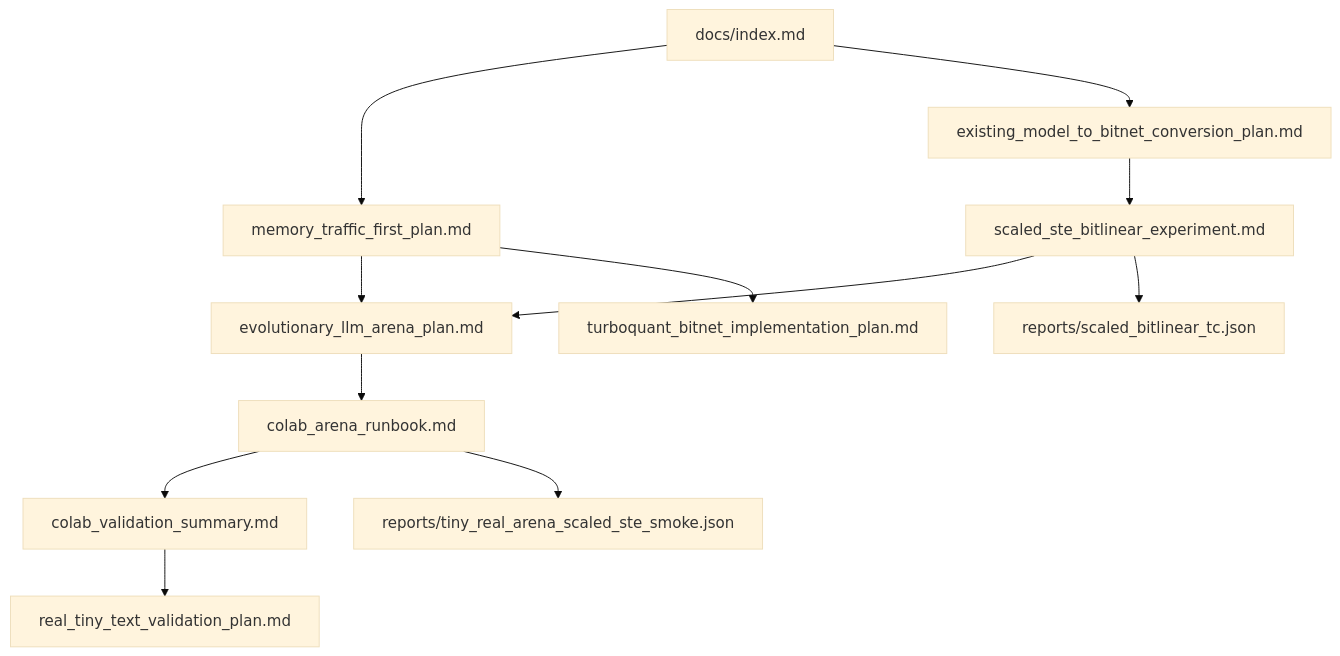
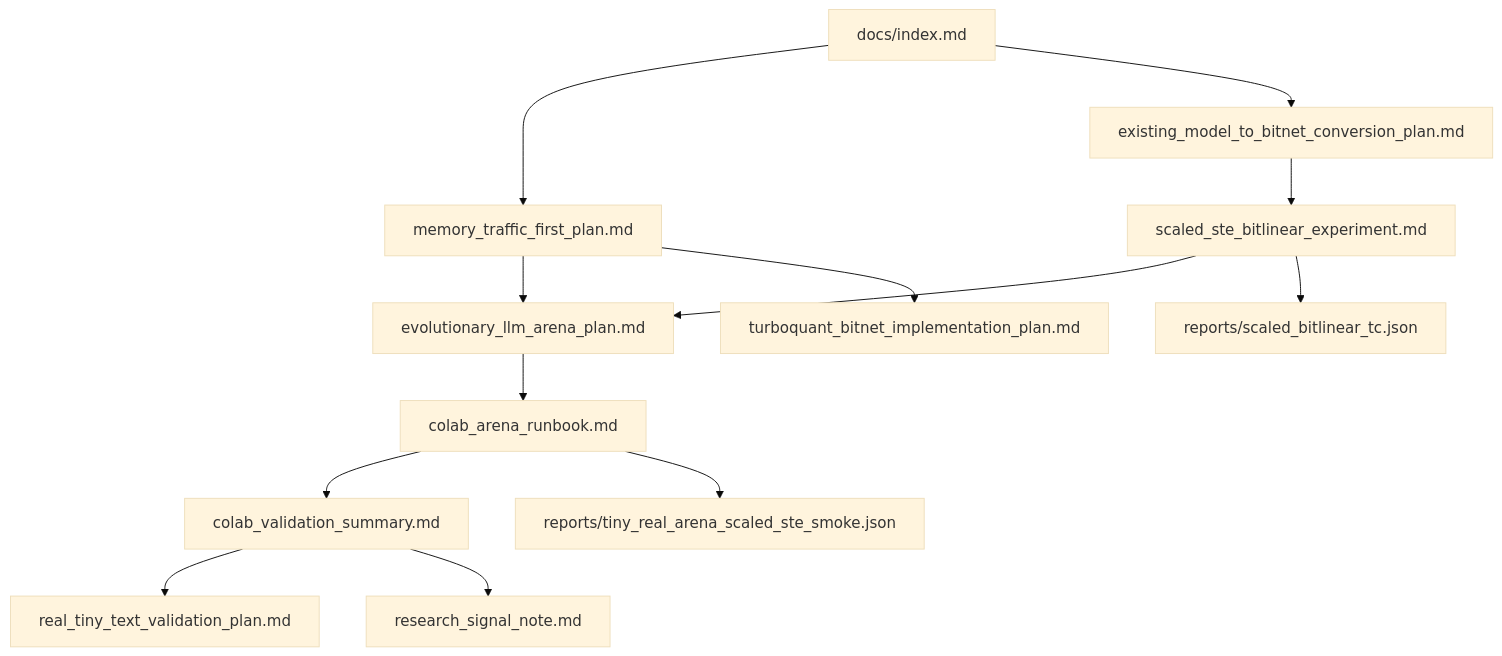
The diagram in docs/index.md (gtpk/BitNet-Transformers), drawn with Mermaid (base theme) before and after one commit. The commit also changed other lines of this file and 2 other files, not shown here.

Commit message:
Add research signal note

````diff
--- a/docs/index.md
+++ b/docs/index.md
@@ -67,14 +69,15 @@
 ```mermaid
 flowchart TD
   A["docs/index.md"] --> B["memory_traffic_first_plan.md"]
   A --> C["existing_model_to_bitnet_conversion_plan.md"]
   C --> D["scaled_ste_bitlinear_experiment.md"]
   D --> E["evolutionary_llm_arena_plan.md"]
   E --> F["colab_arena_runbook.md"]
   F --> J["colab_validation_summary.md"]
   J --> K["real_tiny_text_validation_plan.md"]
+  J --> L["research_signal_note.md"]
   B --> E
   B --> G["turboquant_bitnet_implementation_plan.md"]
   F --> H["reports/tiny_real_arena_scaled_ste_smoke.json"]
   D --> I["reports/scaled_bitlinear_tc.json"]
 ```
````
